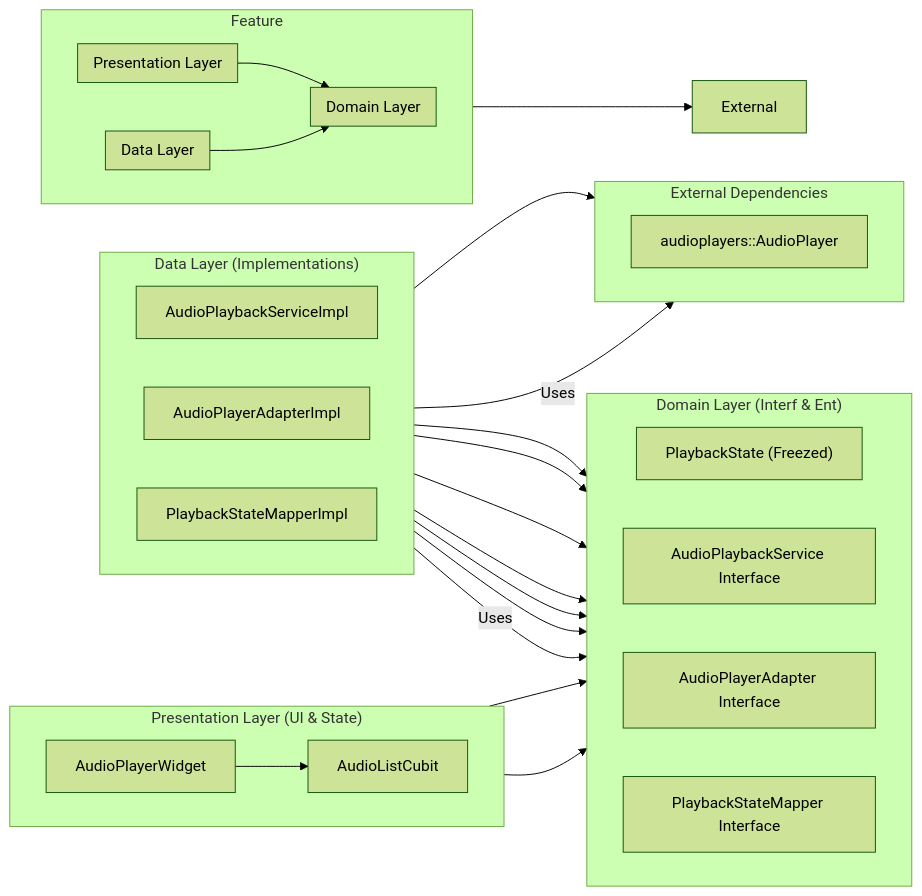
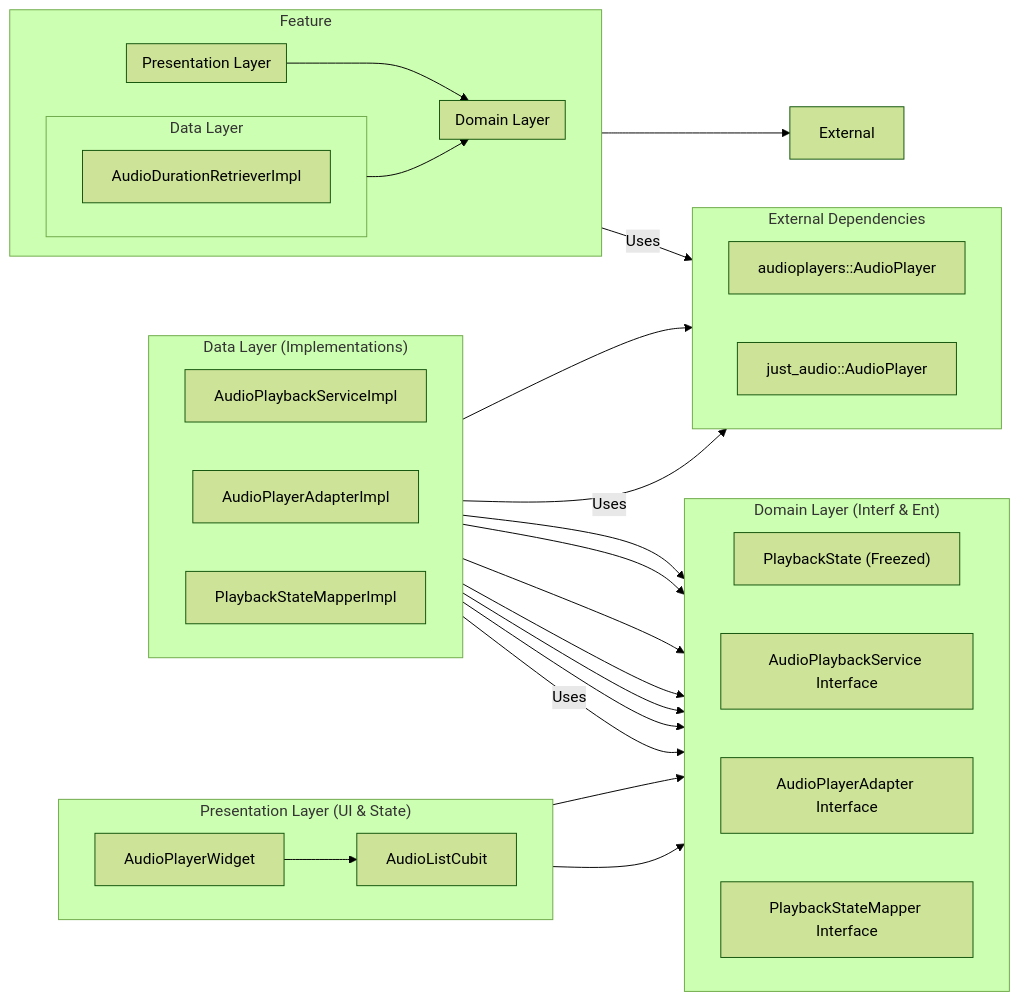
One commit to MediScribe/docjet-mobile changed the second of 2 diagrams in architecture.md. Above: the diagram before and after it, drawn with Mermaid (forest theme). The commit also changed other lines of this file, not shown here.

Commit message:
updated doc after finding an audio player issue

````diff
--- a/architecture.md
+++ b/architecture.md
@@ -131,70 +137,73 @@
 ```mermaid
 graph LR
     subgraph "Presentation Layer (UI & State)"
         direction LR
         UI[AudioPlayerWidget]
         CUBIT[AudioListCubit]
     end
 
     subgraph "Domain Layer (Interf & Ent)"
         direction LR
         ENTITY["PlaybackState (Freezed)"]
         SVC_IF[AudioPlaybackService Interface]
         ADP_IF[AudioPlayerAdapter Interface]
         MAP_IF[PlaybackStateMapper Interface]
     end
 
     subgraph "Data Layer (Implementations)"
         direction LR
         SVC_IMPL[AudioPlaybackServiceImpl]
         ADP_IMPL[AudioPlayerAdapterImpl]
         MAP_IMPL[PlaybackStateMapperImpl]
     end
 
     subgraph "External Dependencies"
         direction LR
         PLAYER[audioplayers::AudioPlayer]
+        PLAYER_DURATION[just_audio::AudioPlayer]
     end
 
     %% --- Dependencies --- 
     UI --> CUBIT
     CUBIT --> SVC_IF
     CUBIT --> ENTITY
     
     SVC_IMPL --> SVC_IF
     SVC_IMPL --> ADP_IF
     SVC_IMPL --> MAP_IF
     
     ADP_IMPL --> ADP_IF
     MAP_IMPL --> MAP_IF
     
     ADP_IMPL --> PLAYER
     MAP_IMPL --> ENTITY
     MAP_IMPL -- Uses --> PLAYER
     MAP_IMPL -- Uses --> ADP_IF
+    SVC_DURATION[AudioDurationRetrieverImpl] -- Uses --> PLAYER_DURATION
 
     %% Grouping for Layout Hint (Optional)
     subgraph Feature
       direction LR
       subgraph Presentation [Presentation Layer]
         UI
         CUBIT
       end
       subgraph Domain [Domain Layer]
         ENTITY
         SVC_IF
         ADP_IF
         MAP_IF
       end
       subgraph Data [Data Layer]
         SVC_IMPL
         ADP_IMPL
         MAP_IMPL
+        SVC_DURATION[AudioDurationRetrieverImpl]
       end
     end
     
     Presentation --> Domain
     Data --> Domain
     Data --> External
 
 ```
````
